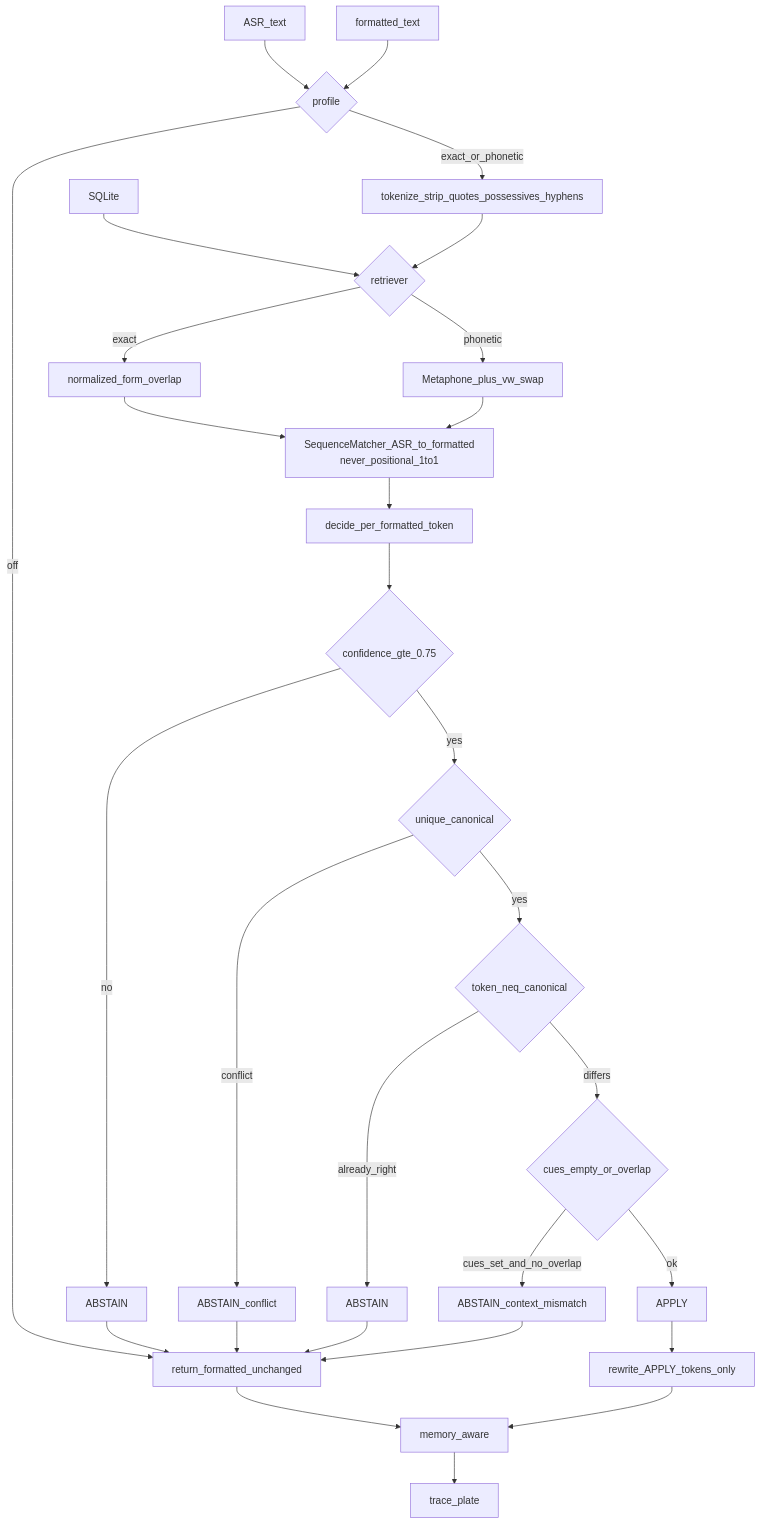
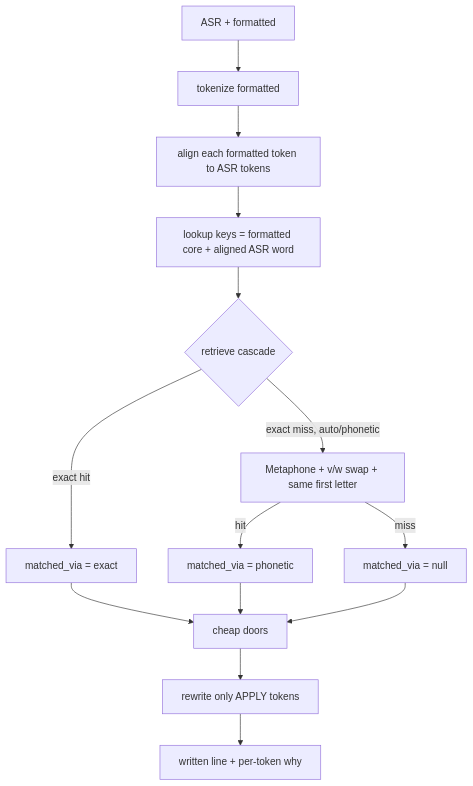
One commit to Akshit11318/kivi-memory-backend-akshit changed the third of 6 diagrams in README.md. Above: the diagram before and after it, drawn with Mermaid. The commit also changed other lines of this file and 98 other files, not shown here.

````diff
--- a/README.md
+++ b/README.md
@@ -170,32 +124,16 @@
 ```mermaid
 flowchart TB
-  ASR[ASR_text] --> Gate{profile}
-  FMT[formatted_text] --> Gate
-  Gate -->|off| Pass[return_formatted_unchanged]
-  Gate -->|exact_or_phonetic| Tok[tokenize_strip_quotes_possessives_hyphens]
-  Tok --> Ret{retriever}
-  Store[SQLite] --> Ret
-  Ret -->|exact| Exact[normalized_form_overlap]
-  Ret -->|phonetic| Phon[Metaphone_plus_vw_swap]
-  Exact --> Align
-  Phon --> Align
-  Align[SequenceMatcher_ASR_to_formatted\nnever_positional_1to1]
-  Align --> Dec[decide_per_formatted_token]
-  Dec --> T1{confidence_gte_0.75}
-  T1 -->|no| Abs1[ABSTAIN]
-  T1 -->|yes| T2{unique_canonical}
-  T2 -->|conflict| Abs2[ABSTAIN_conflict]
-  T2 -->|yes| T3{token_neq_canonical}
-  T3 -->|already_right| Abs3[ABSTAIN]
-  T3 -->|differs| T4{cues_empty_or_overlap}
-  T4 -->|cues_set_and_no_overlap| Abs4[ABSTAIN_context_mismatch]
-  T4 -->|ok| Apply[APPLY]
-  Apply --> Rew[rewrite_APPLY_tokens_only]
-  Abs1 --> Pass
-  Abs2 --> Pass
-  Abs3 --> Pass
-  Abs4 --> Pass
-  Rew --> Third[memory_aware]
-  Pass --> Third
-  Third --> Trace[trace_plate]
+  In[ASR + formatted] --> Tok[tokenize formatted]
+  Tok --> Align[align each formatted token to ASR tokens]
+  Align --> Surfaces[lookup keys = formatted core + aligned ASR word]
+  Surfaces --> Casc{retrieve cascade}
+  Casc -->|exact hit| ExactOK[matched_via = exact]
+  Casc -->|exact miss, auto/phonetic| Ph[Metaphone + v/w swap + same first letter]
+  Ph -->|hit| PhOK[matched_via = phonetic]
+  Ph -->|miss| None[matched_via = null]
+  ExactOK --> Doors
+  PhOK --> Doors
+  None --> Doors[cheap doors]
+  Doors --> Rew[rewrite only APPLY tokens]
+  Rew --> Out[written line + per-token why]
 ```
````
